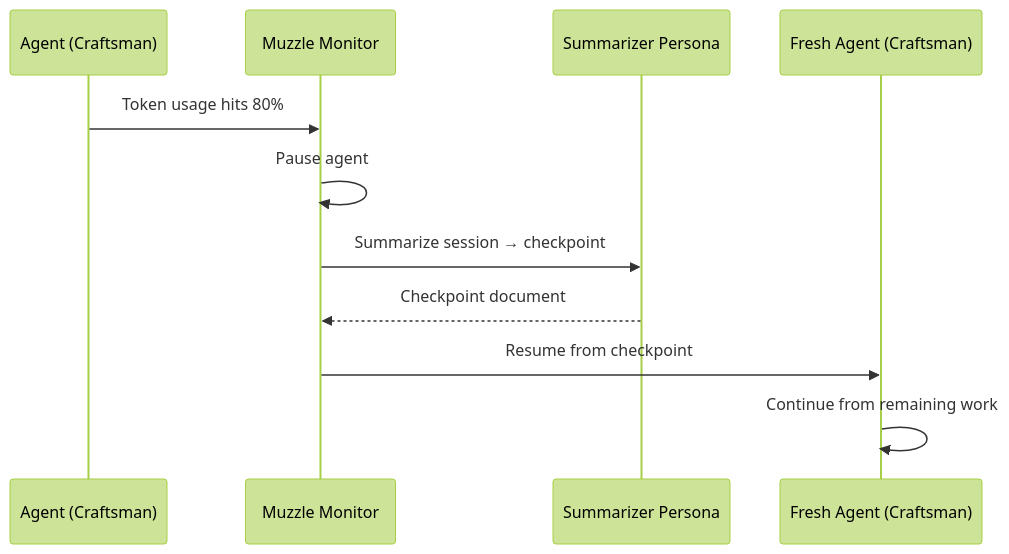
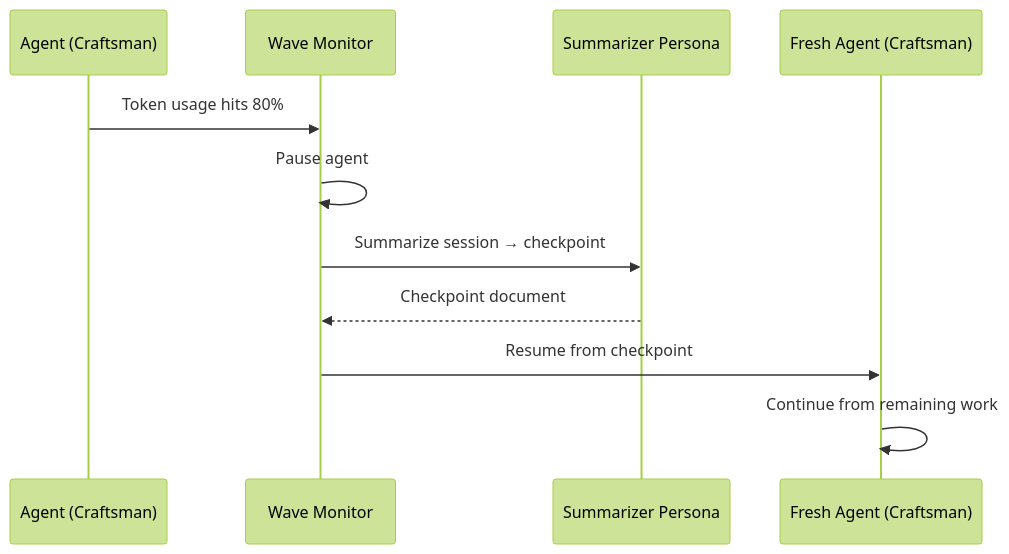
One commit to re-cinq/wave changed the diagram in docs/guides/relay-compaction.md. Above: the diagram before and after it, drawn with Mermaid (forest theme). The commit also changed other lines of this file and 45 other files, not shown here.

First line of the commit message:
refactor: rename muzzle to wave throughout codebase

````diff
--- a/docs/guides/relay-compaction.md
+++ b/docs/guides/relay-compaction.md
@@ -18,13 +18,13 @@
 ```mermaid
 sequenceDiagram
     participant A as Agent (Craftsman)
-    participant M as Muzzle Monitor
+    participant M as Wave Monitor
     participant S as Summarizer Persona
     participant A2 as Fresh Agent (Craftsman)
     A->>M: Token usage hits 80%
     M->>M: Pause agent
     M->>S: Summarize session → checkpoint
     S-->>M: Checkpoint document
     M->>A2: Resume from checkpoint
     A2->>A2: Continue from remaining work
 ```
````
